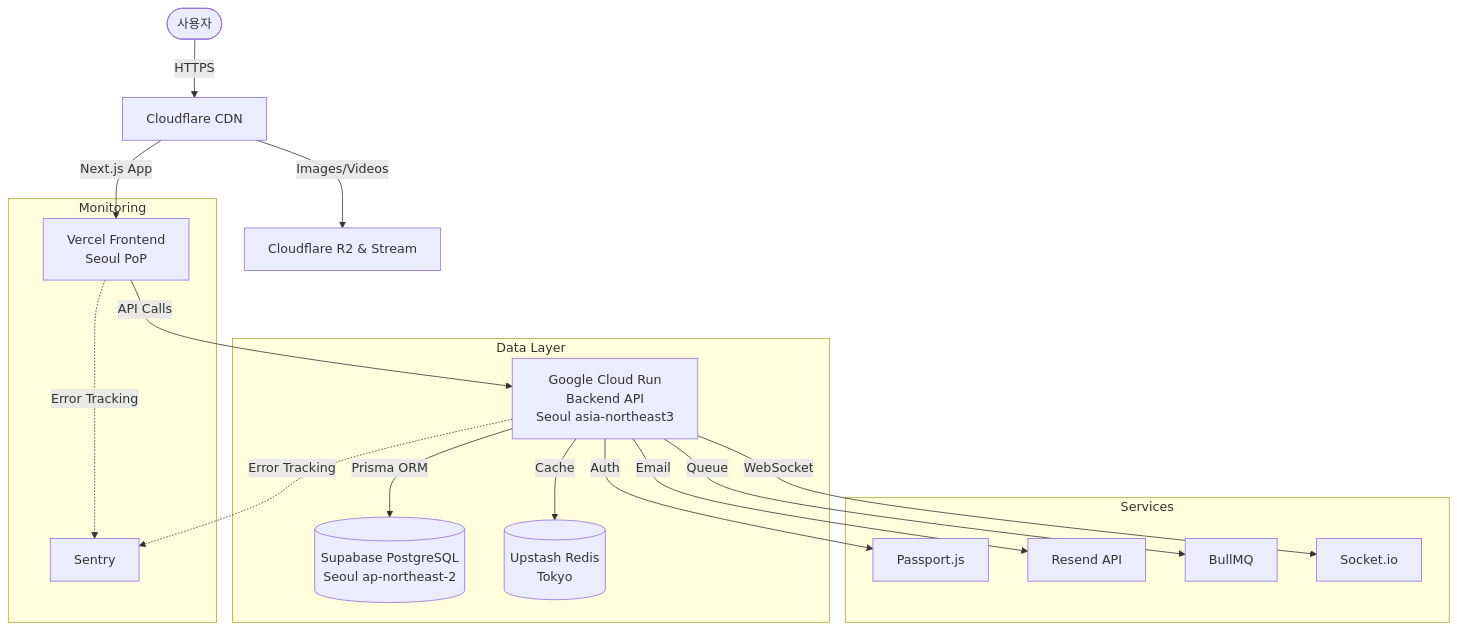
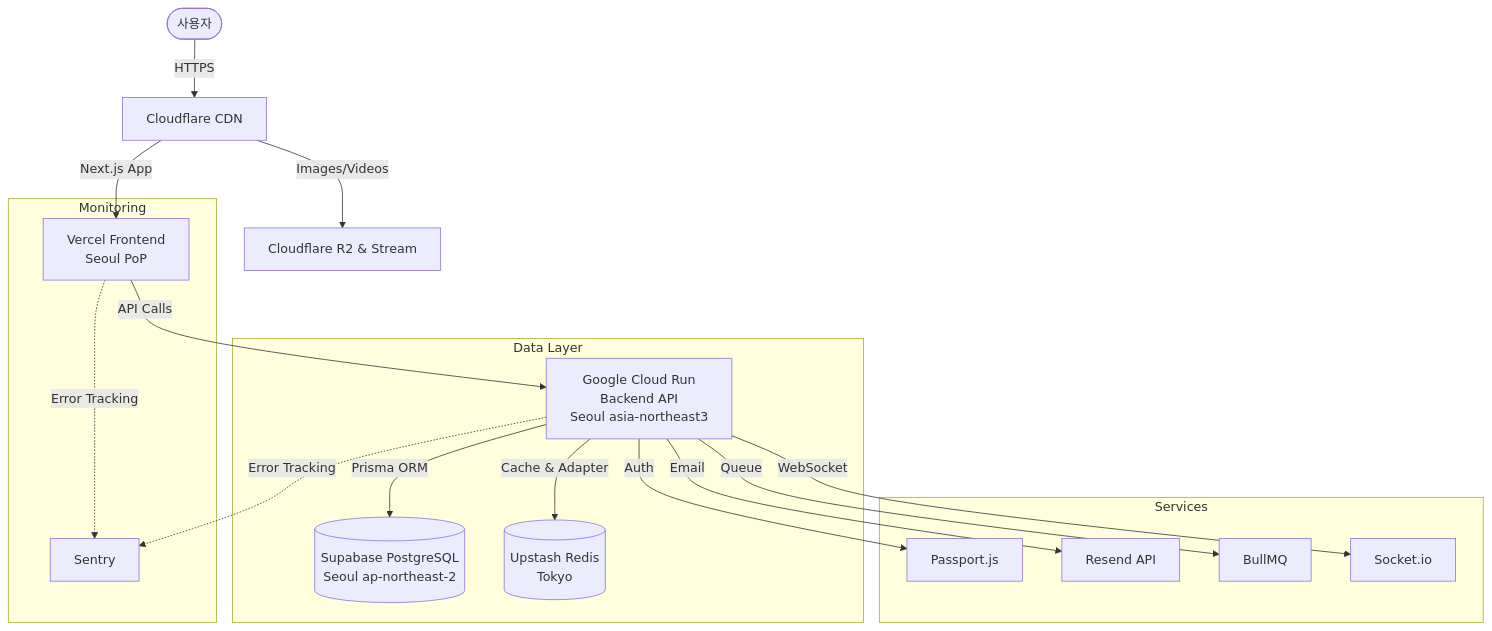
The first of 3 diagrams in README.md (hamkkebom/Ask-the-Stars), drawn with Mermaid before and after one commit. The commit also changed other lines of this file and 400 other files, not shown here.

````diff
--- a/README.md
+++ b/README.md
@@ -118,25 +118,25 @@
 ```mermaid
 graph TD
     User([사용자]) -->|HTTPS| CDN[Cloudflare CDN]
     CDN -->|Next.js App| Vercel[Vercel Frontend<br/>Seoul PoP]
     CDN -->|Images/Videos| R2[Cloudflare R2 & Stream]
     
     Vercel -->|API Calls| CloudRun[Google Cloud Run<br/>Backend API<br/>Seoul asia-northeast3]
     
     subgraph Data Layer
         CloudRun -->|Prisma ORM| DB[(Supabase PostgreSQL<br/>Seoul ap-northeast-2)]
-        CloudRun -->|Cache| Redis[(Upstash Redis<br/>Tokyo)]
+        CloudRun -->|Cache & Adapter| Redis[(Upstash Redis<br/>Tokyo)]
     end
     
     subgraph Services
         CloudRun -->|Auth| Passport[Passport.js]
         CloudRun -->|Email| Resend[Resend API]
         CloudRun -->|Queue| BullMQ[BullMQ]
         CloudRun -->|WebSocket| Socket[Socket.io]
     end
     
     subgraph Monitoring
         Vercel -.->|Error Tracking| Sentry[Sentry]
         CloudRun -.->|Error Tracking| Sentry
     end
 ```
````
